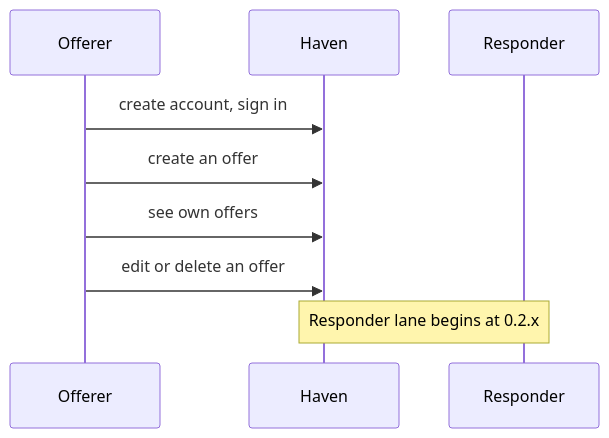
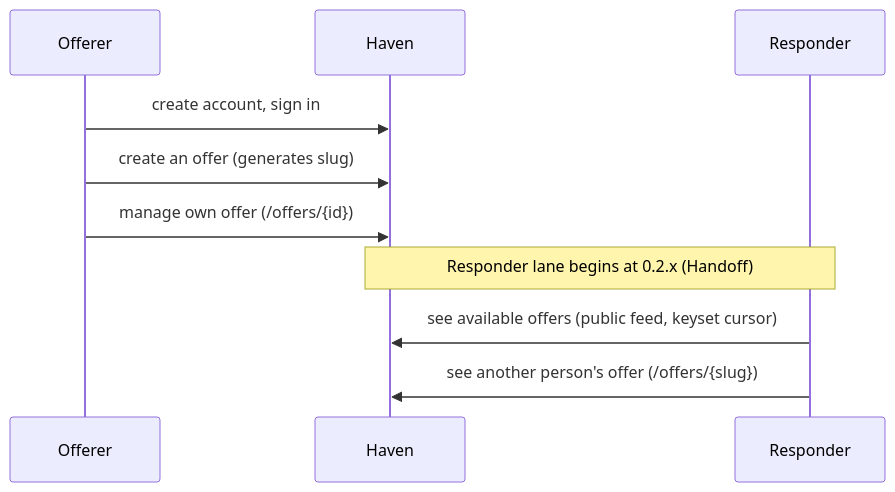
Before and after one commit to Phastboy/haven: the diagram in docs/JOURNEY.md, drawn with Mermaid. The commit also changed other lines of this file and 1 other file, not shown here.

````diff
--- a/docs/JOURNEY.md
+++ b/docs/JOURNEY.md
@@ -22,11 +22,12 @@
 ```mermaid
 sequenceDiagram
   participant O as Offerer
   participant H as Haven
   participant R as Responder
   O->>H: create account, sign in
-  O->>H: create an offer
-  O->>H: see own offers
-  O->>H: edit or delete an offer
-  Note over R,H: Responder lane begins at 0.2.x
+  O->>H: create an offer (generates slug)
+  O->>H: manage own offer (/offers/{id})
+  Note over R,H: Responder lane begins at 0.2.x (Handoff)
+  R->>H: see available offers (public feed, keyset cursor)
+  R->>H: see another person's offer (/offers/{slug})
 ```
````
